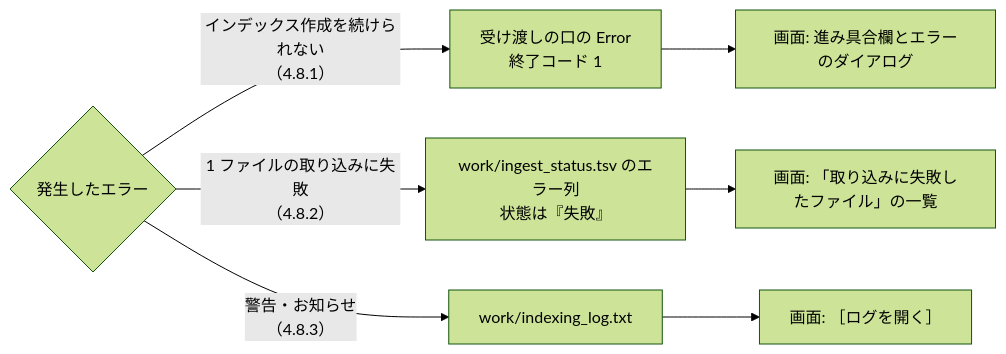
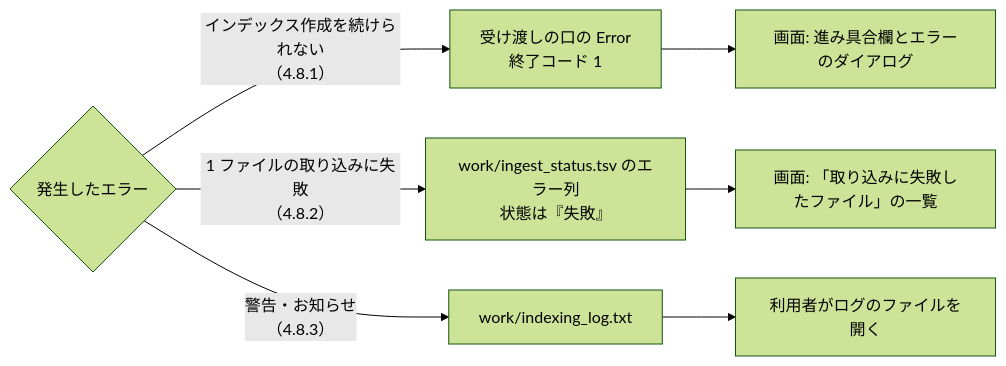
One commit to hsgwa/tebunko changed the diagram in docs/design/indexing/errors.md. Above: the diagram before and after it, drawn with Mermaid (forest theme). The commit also changed other lines of this file and 8 other files, not shown here.

````diff
--- a/docs/design/indexing/errors.md
+++ b/docs/design/indexing/errors.md
@@ -7,6 +7,6 @@
 ```mermaid
 flowchart LR
     E{"発生したエラー"} -- "インデックス作成を続けられない<br>（4.8.1）" --> F["受け渡しの口の Error<br>終了コード 1"] --> G1["画面: 進み具合欄とエラーのダイアログ"]
     E -- "1 ファイルの取り込みに失敗<br>（4.8.2）" --> S["work/ingest_status.tsv のエラー列<br>状態は『失敗』"] --> G2["画面: 「取り込みに失敗したファイル」の一覧"]
-    E -- "警告・お知らせ<br>（4.8.3）" --> L["work/indexing_log.txt"] --> G3["画面: ［ログを開く］"]
+    E -- "警告・お知らせ<br>（4.8.3）" --> L["work/indexing_log.txt"] --> G3["利用者がログのファイルを開く"]
 ```
````
